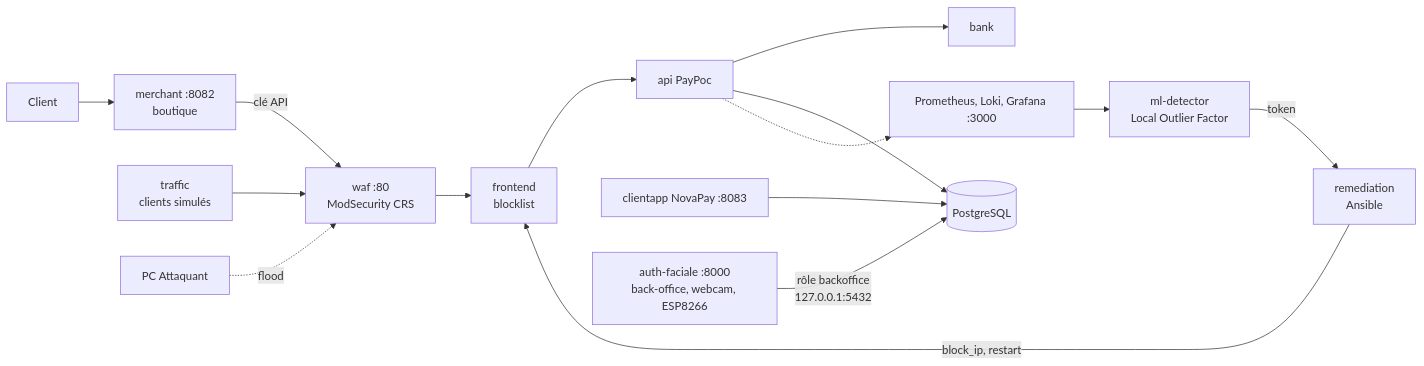
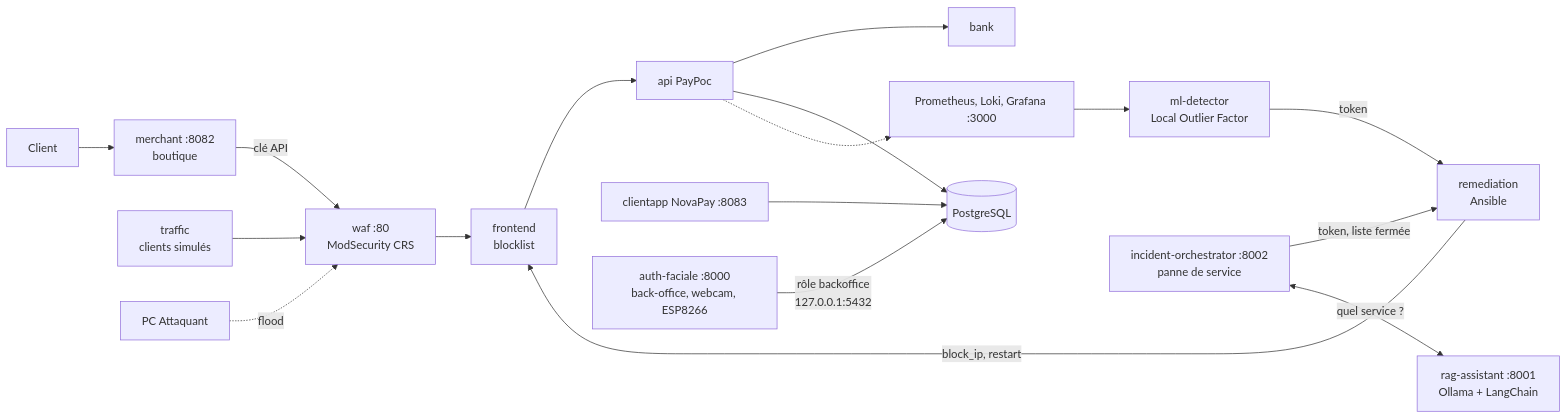
One commit to NicolasGlt/Workshop-grp10 changed the diagram in README.md. Above: the diagram before and after it, drawn with Mermaid. The commit also changed other lines of this file and 8 other files, not shown here.

````diff
--- a/README.md
+++ b/README.md
@@ -29,16 +36,18 @@
 ```mermaid
 flowchart LR
     CLI["Client"] --> SHOP["merchant :8082<br/>boutique"]
     SIM["traffic<br/>clients simulés"] --> WAF
     SHOP -->|"clé API"| WAF["waf :80<br/>ModSecurity CRS"]
     ATK["PC Attaquant"] -.->|flood| WAF
     WAF --> FRONT["frontend<br/>blocklist"] --> API["api PayPoc"]
     API --> BANK["bank"]
     API --> DB[("PostgreSQL")]
     NOVA["clientapp NovaPay :8083"] --> DB
     BO["auth-faciale :8000<br/>back-office, webcam, ESP8266"] -->|"rôle backoffice<br/>127.0.0.1:5432"| DB
     API -.-> PROM["Prometheus, Loki, Grafana :3000"]
     PROM --> MLD["ml-detector<br/>Local Outlier Factor"]
     MLD -->|token| REM["remediation<br/>Ansible"]
     REM -->|"block_ip, restart"| FRONT
+    ORCH["incident-orchestrator :8002<br/>panne de service"] -->|"token, liste fermée"| REM
+    ORCH <-->|"quel service ?"| RAG["rag-assistant :8001<br/>Ollama + LangChain"]
 ```
````
